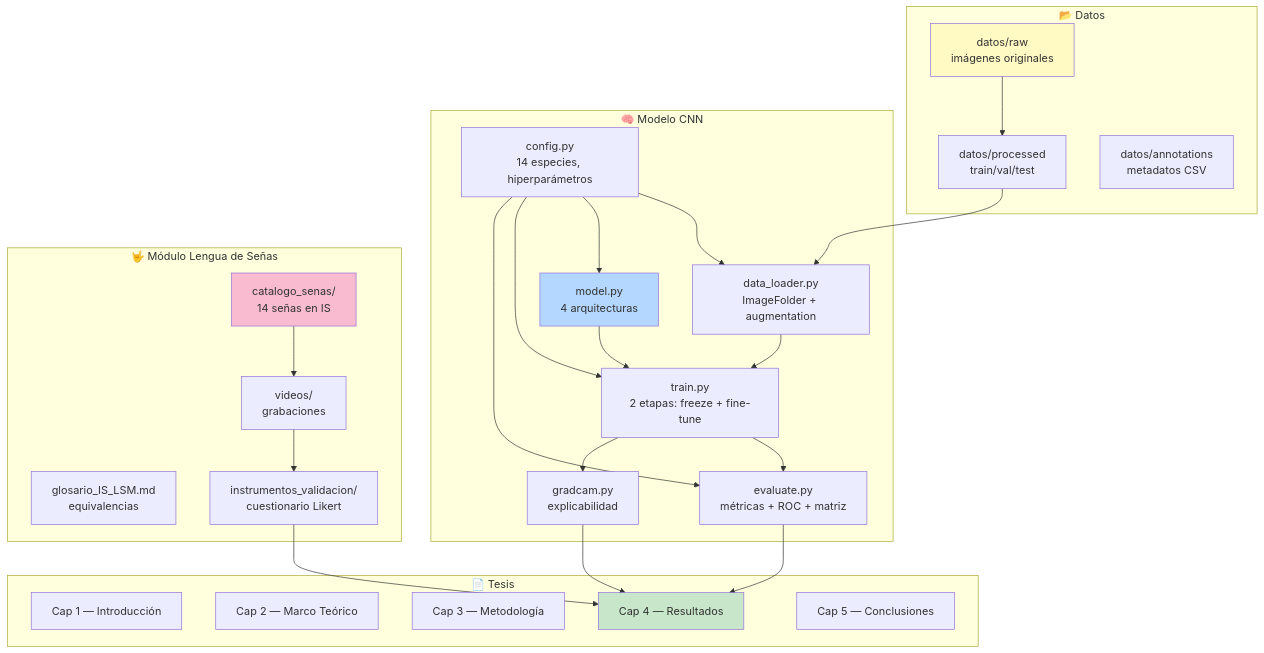
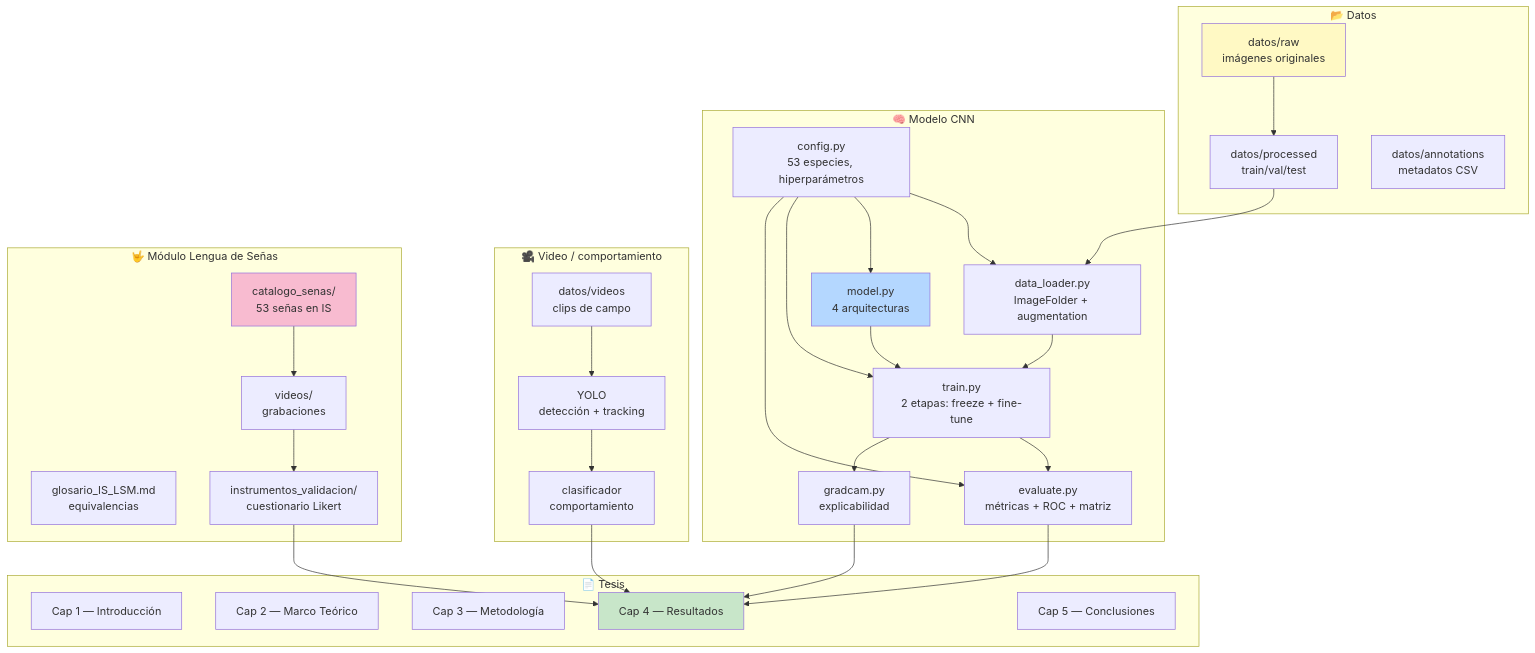
One commit to ZOMBIECRAFTIAN/raptors-cnn changed the second of 6 diagrams in documentacion/diagramas/arquitectura.md. Above: the diagram before and after it, drawn with Mermaid. The commit also changed other lines of this file and 26 other files, not shown here.

````diff
--- a/documentacion/diagramas/arquitectura.md
+++ b/documentacion/diagramas/arquitectura.md
@@ -32,50 +35,57 @@
 ```mermaid
 flowchart TB
     subgraph "📂 Datos"
         D1[datos/raw<br/>imágenes originales]
         D2[datos/processed<br/>train/val/test]
         D3[datos/annotations<br/>metadatos CSV]
     end
 
     subgraph "🧠 Modelo CNN"
-        M1[config.py<br/>14 especies, hiperparámetros]
+        M1[config.py<br/>53 especies, hiperparámetros]
         M2[data_loader.py<br/>ImageFolder + augmentation]
         M3[model.py<br/>4 arquitecturas]
         M4[train.py<br/>2 etapas: freeze + fine-tune]
         M5[evaluate.py<br/>métricas + ROC + matriz]
         M6[gradcam.py<br/>explicabilidad]
     end
 
+    subgraph "🎥 Video / comportamiento"
+        V1[datos/videos<br/>clips de campo]
+        V2[YOLO<br/>detección + tracking]
+        V3[clasificador<br/>comportamiento]
+    end
+
     subgraph "🤟 Módulo Lengua de Señas"
-        S1[catalogo_senas/<br/>14 señas en IS]
+        S1[catalogo_senas/<br/>53 señas en IS]
         S2[glosario_IS_LSM.md<br/>equivalencias]
         S3[videos/<br/>grabaciones]
         S4[instrumentos_validacion/<br/>cuestionario Likert]
     end
 
     subgraph "📄 Tesis"
         T1[Cap 1 — Introducción]
         T2[Cap 2 — Marco Teórico]
         T3[Cap 3 — Metodología]
         T4[Cap 4 — Resultados]
         T5[Cap 5 — Conclusiones]
     end
 
     D1 --> D2
     D2 --> M2
     M1 --> M2 & M3 & M4 & M5
     M2 --> M4
     M3 --> M4
     M4 --> M5
     M4 --> M6
     M5 --> T4
     M6 --> T4
+    V1 --> V2 --> V3 --> T4
     S1 --> S3
     S3 --> S4
     S4 --> T4
 
     style D1 fill:#FFF9C4
     style M3 fill:#B4D7FF
     style S1 fill:#F8BBD0
     style T4 fill:#C8E6C9
 ```
````
